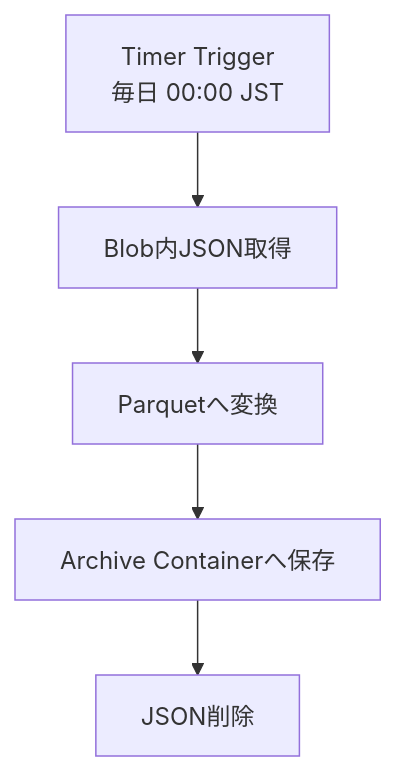
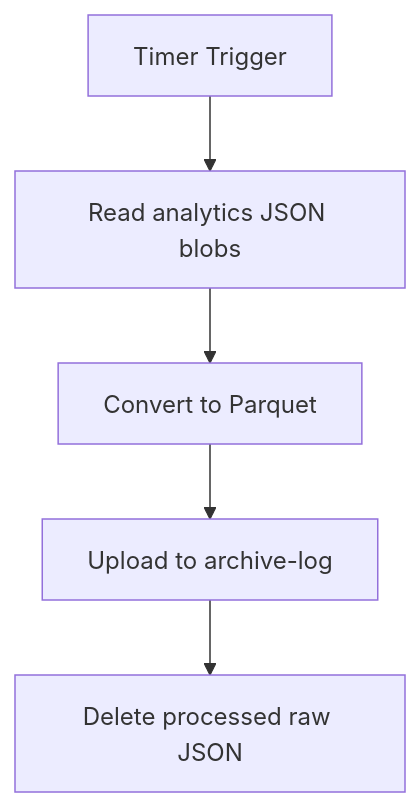
Before and after one commit to 75-8/FoundryAPI-use-insideCorp: the third of 3 diagrams in docs/spec/diagram.md, drawn with Mermaid. The commit also changed other lines of this file and 4 other files, not shown here.

````diff
--- a/docs/spec/diagram.md
+++ b/docs/spec/diagram.md
@@ -77,21 +49,7 @@
 ```mermaid
 flowchart TD
-
-    Timer["Timer Trigger<br/>毎日 00:00 JST"]
-
-    GetJSON["Blob内JSON取得"]
-
-    Convert["Parquetへ変換"]
-
-    Save["Archive Containerへ保存"]
-
-    Delete["JSON削除"]
-
-    Timer --> GetJSON
-
-    GetJSON --> Convert
-
-    Convert --> Save
-
-    Save --> Delete
+  Timer[Timer Trigger] --> Read[Read analytics JSON blobs]
+  Read --> Convert[Convert to Parquet]
+  Convert --> Archive[Upload to archive-log]
+  Archive --> Cleanup[Delete processed raw JSON]
 ```
````
